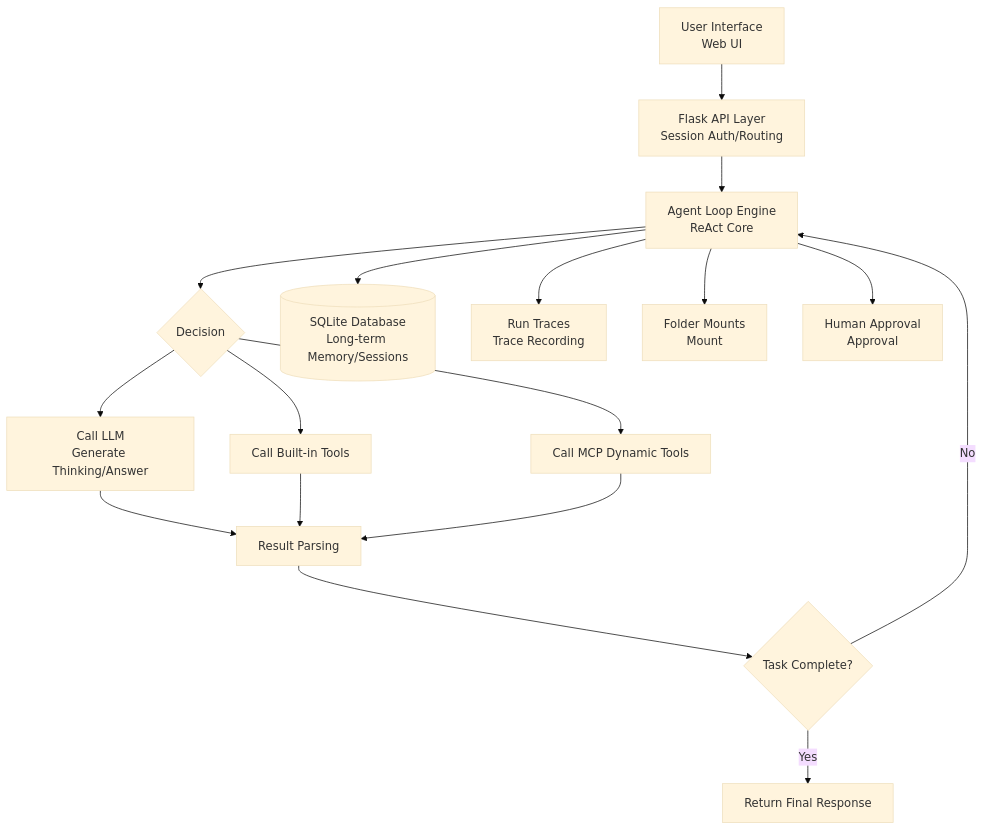
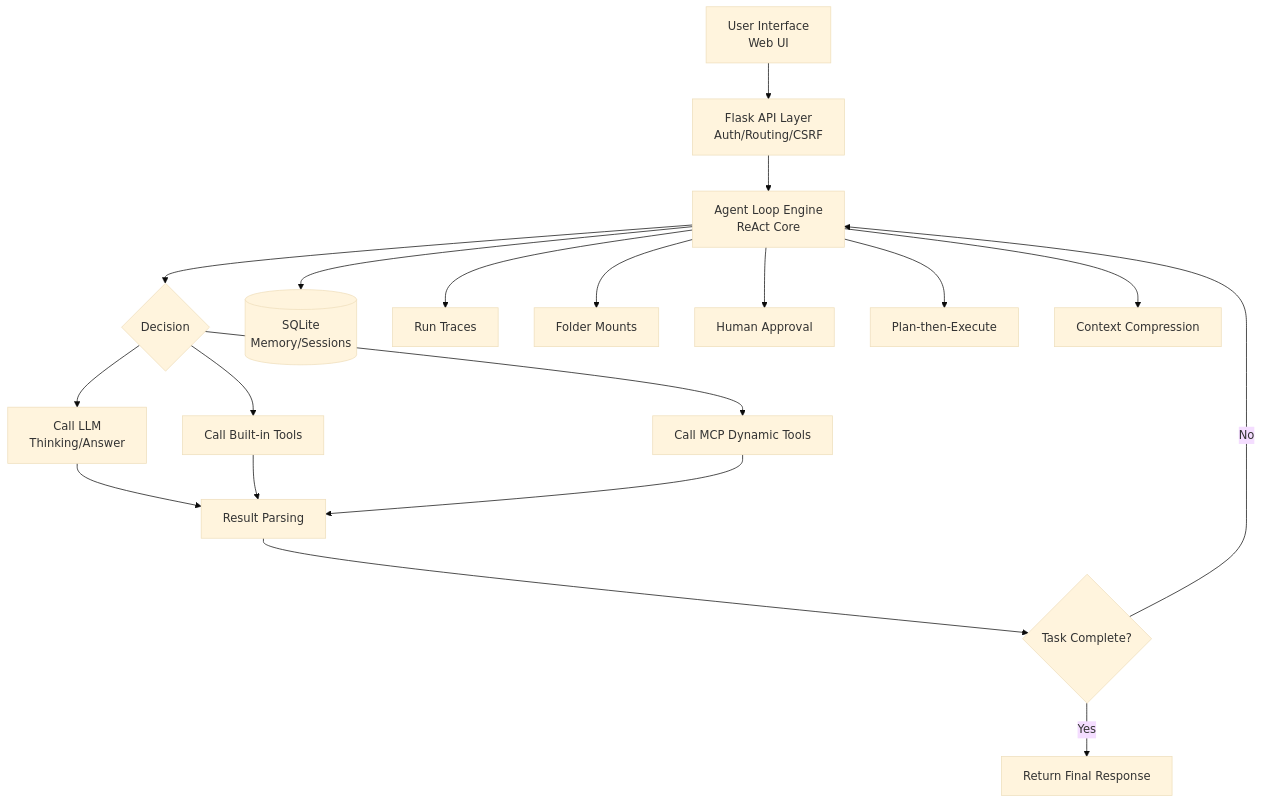
One commit to Sureo0/Starlight changed the diagram in README_EN.md. Above: the diagram before and after it, drawn with Mermaid (base theme). The commit also changed other lines of this file and 1 other file, not shown here.

````diff
--- a/README_EN.md
+++ b/README_EN.md
@@ -143,19 +155,21 @@
 ```mermaid
 graph TD
-    A[User Interface<br>Web UI] --> B[Flask API Layer<br>Session Auth/Routing];
+    A[User Interface<br>Web UI] --> B[Flask API Layer<br>Auth/Routing/CSRF];
     B --> C[Agent Loop Engine<br>ReAct Core];
     C --> D{Decision};
-    D --> E[Call LLM<br>Generate Thinking/Answer];
+    D --> E[Call LLM<br>Thinking/Answer];
     D --> F[Call Built-in Tools];
     D --> G[Call MCP Dynamic Tools];
     E --> H[Result Parsing];
     F --> H;
     G --> H;
     H --> I{Task Complete?};
     I -->|No| C;
     I -->|Yes| J[Return Final Response];
-    C --> K[(SQLite Database<br>Long-term Memory/Sessions)];
-    C --> L[Run Traces<br>Trace Recording];
-    C --> M[Folder Mounts<br>Mount];
-    C --> N[Human Approval<br>Approval];
+    C --> K[(SQLite<br>Memory/Sessions)];
+    C --> L[Run Traces];
+    C --> M[Folder Mounts];
+    C --> N[Human Approval];
+    C --> O[Plan-then-Execute];
+    C --> P[Context Compression];
 ```
````
